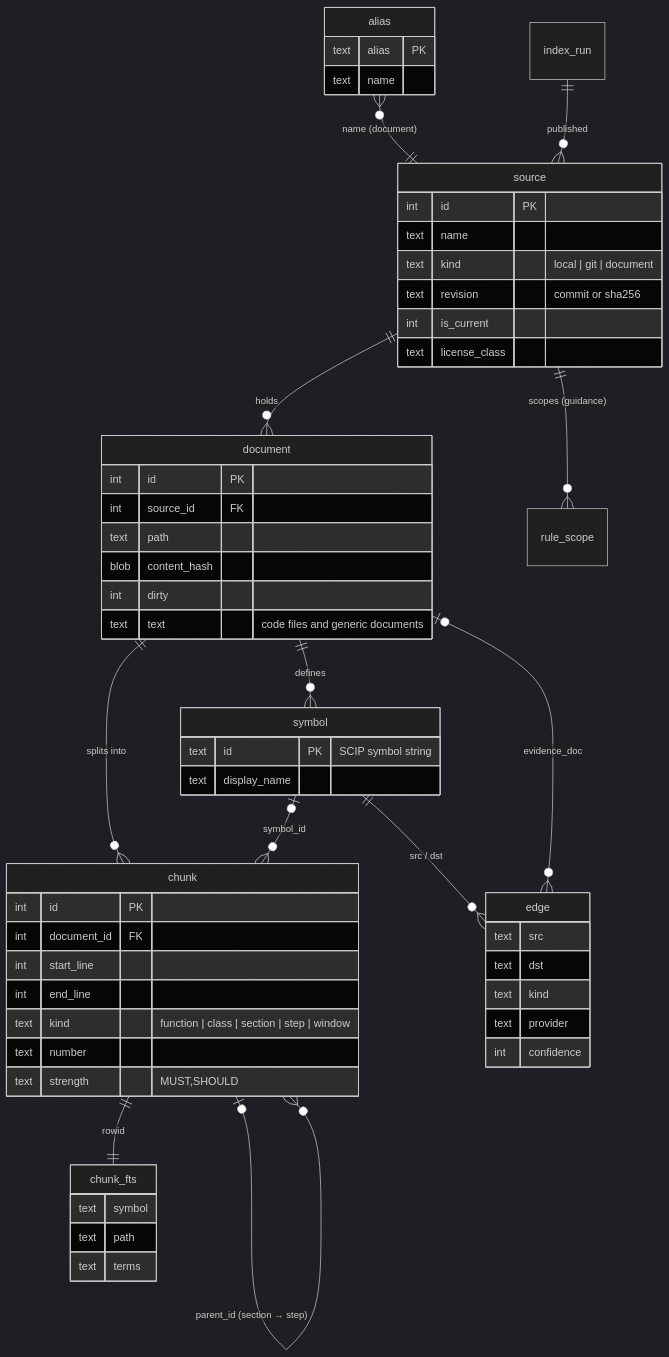
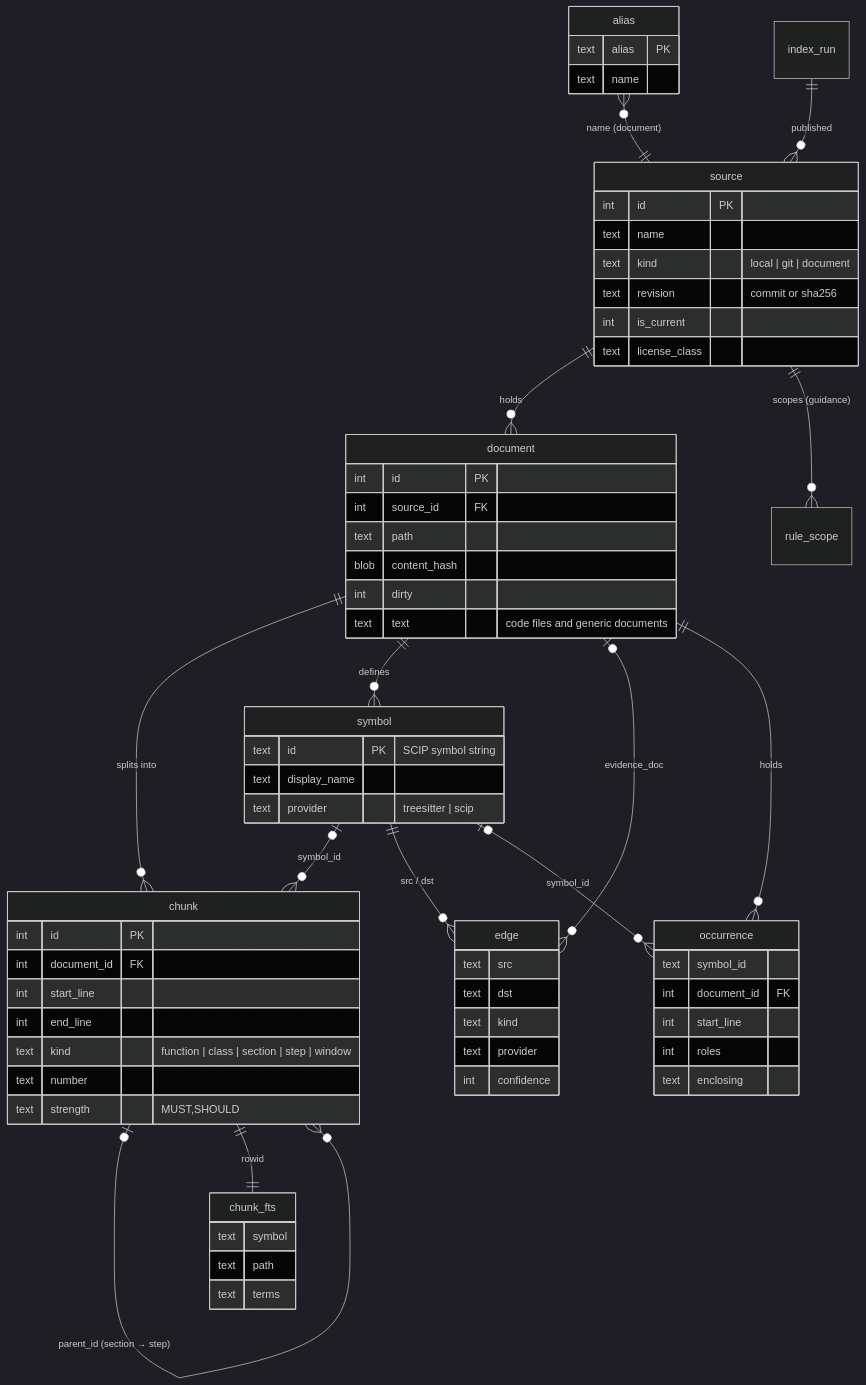
The fifth of 5 diagrams in docs/design.md (jamescrowley321/codecite), drawn with Mermaid (dark theme) before and after one commit. The commit also changed other lines of this file and 33 other files, not shown here.

````diff
--- a/docs/design.md
+++ b/docs/design.md
@@ -243,59 +256,69 @@
 ```mermaid
 erDiagram
   source ||--o{ document : "holds"
   document ||--o{ chunk : "splits into"
   document ||--o{ symbol : "defines"
   chunk |o--o{ chunk : "parent_id (section → step)"
   symbol |o--o{ chunk : "symbol_id"
   chunk ||--|| chunk_fts : "rowid"
   symbol ||--o{ edge : "src / dst"
   document |o--o{ edge : "evidence_doc"
+  document ||--o{ occurrence : "holds"
+  symbol |o--o{ occurrence : "symbol_id"
   alias }o--|| source : "name (document)"
   source ||--o{ rule_scope : "scopes (guidance)"
   index_run ||--o{ source : "published"
   source {
     int id PK
     text name
     text kind "local | git | document"
     text revision "commit or sha256"
     int is_current
     text license_class
   }
   document {
     int id PK
     int source_id FK
     text path
     blob content_hash
     int dirty
     text text "code files and generic documents"
   }
   chunk {
     int id PK
     int document_id FK
     int start_line
     int end_line
     text kind "function | class | section | step | window"
     text number
     text strength "MUST,SHOULD"
   }
   symbol {
     text id PK "SCIP symbol string"
     text display_name
+    text provider "treesitter | scip"
+  }
+  occurrence {
+    text symbol_id
+    int document_id FK
+    int start_line
+    int roles
+    text enclosing
   }
   edge {
     text src
     text dst
     text kind
     text provider
     int confidence
   }
   alias {
     text alias PK
     text name
   }
   chunk_fts {
     text symbol
     text path
     text terms
   }
 ```
````
